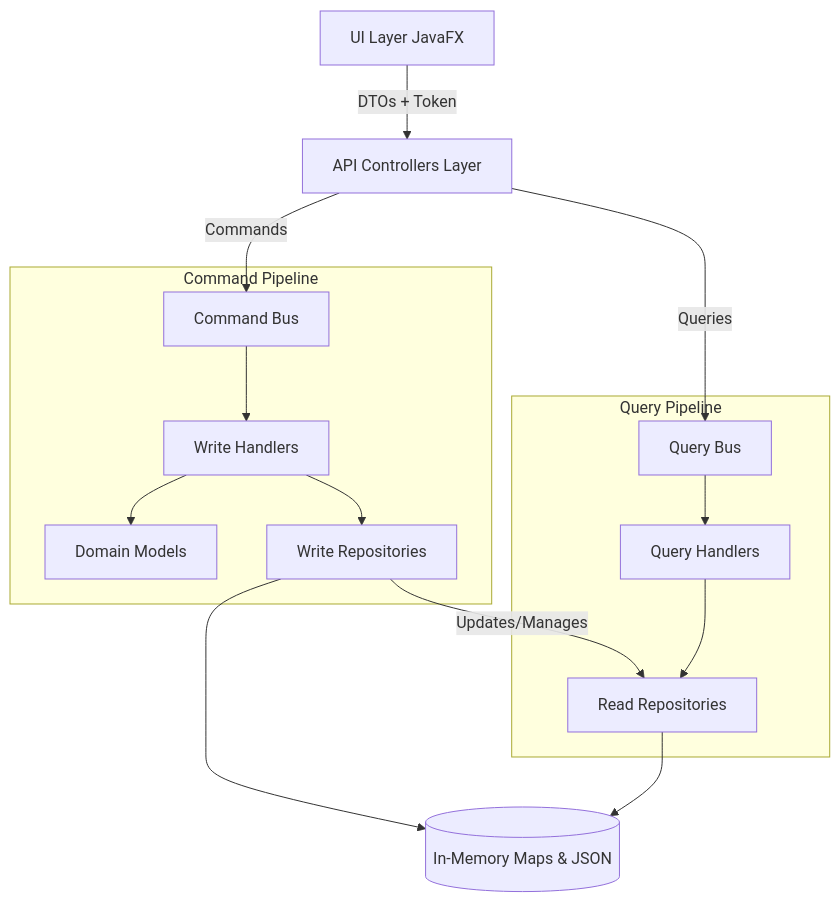
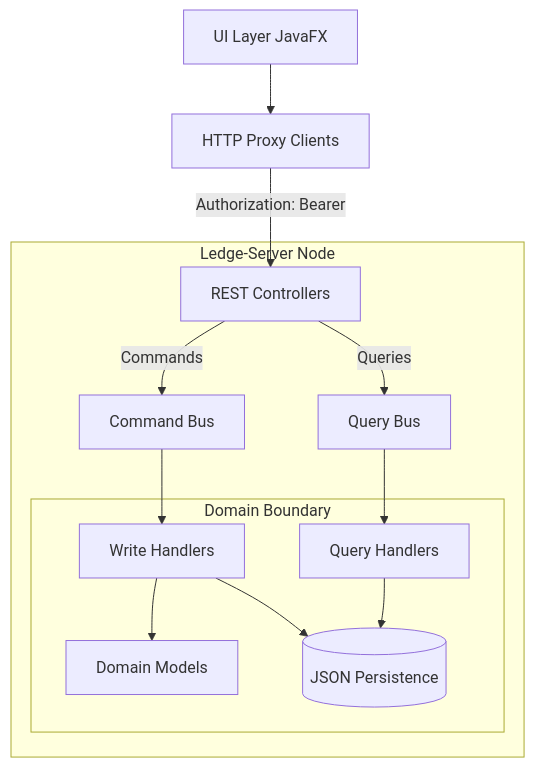
Before and after one commit to fahad-accordion-23/inventory-manager: the second of 3 diagrams in docs/architecture.md, drawn with Mermaid. The commit also changed other lines of this file, not shown here.

Commit message:
docs: update architecture documentation to reflect the transition to a distributed client-server model using Spring Boot and JavaFX.

````diff
--- a/docs/architecture.md
+++ b/docs/architecture.md
@@ -55,34 +52,31 @@
 ```mermaid
 graph TD
     UI[UI Layer JavaFX]
-    API[API Controllers Layer]
+    HClient[HTTP Proxy Clients]
     
-    subgraph Command Pipeline
+    subgraph Ledge-Server Node
+        REST[REST Controllers]
         CB[Command Bus]
-        WH[Write Handlers]
-        Domain[Domain Models]
-        WR[Write Repositories]
+        QB[Query Bus]
+        
+        subgraph Domain Boundary
+            WH[Write Handlers]
+            QH[Query Handlers]
+            Domain[Domain Models]
+            DB[(JSON Persistence)]
+        end
     end
     
-    subgraph Query Pipeline
-        QB[Query Bus]
-        QH[Query Handlers]
-        RR[Read Repositories]
-    end
+    UI --> HClient
+    HClient -->|Authorization: Bearer <token>| REST
     
-    DB[(In-Memory Maps & JSON)]
-    
-    UI -->|DTOs + Token| API
-    API -->|Commands| CB
-    API -->|Queries| QB
+    REST -->|Commands| CB
+    REST -->|Queries| QB
     
     CB --> WH
     WH --> Domain
-    WH --> WR
-    WR -->|Updates/Manages| RR
-    WR --> DB
+    WH --> DB
     
     QB --> QH
-    QH --> RR
-    RR --> DB
+    QH --> DB
 ```
````
